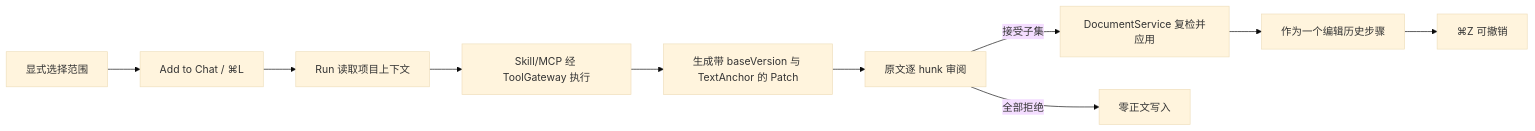
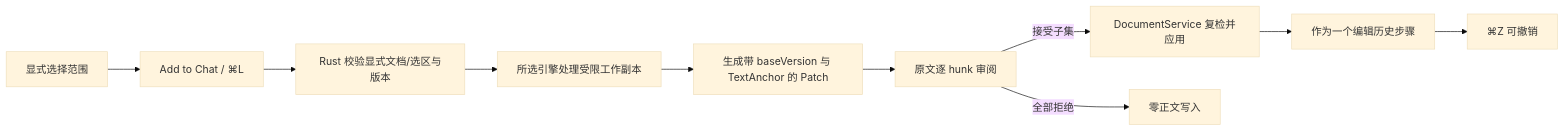
The fifth of 5 diagrams in docs/PRD.md (MarkingYang/sophonote), drawn with Mermaid (base theme) before and after one commit. The commit also changed other lines of this file and 119 other files, not shown here.

````diff
--- a/docs/PRD.md
+++ b/docs/PRD.md
@@ -271,12 +303,12 @@
 ```mermaid
 flowchart LR
   A["显式选择范围"] --> B["Add to Chat / ⌘L"]
-  B --> C["Run 读取项目上下文"]
-  C --> D["Skill/MCP 经 ToolGateway 执行"]
+  B --> C["Rust 校验显式文档/选区与版本"]
+  C --> D["所选引擎处理受限工作副本"]
   D --> E["生成带 baseVersion 与 TextAnchor 的 Patch"]
   E --> F["原文逐 hunk 审阅"]
   F -->|接受子集| G["DocumentService 复检并应用"]
   F -->|全部拒绝| H["零正文写入"]
   G --> I["作为一个编辑历史步骤"]
   I --> J["⌘Z 可撤销"]
 ```
````
